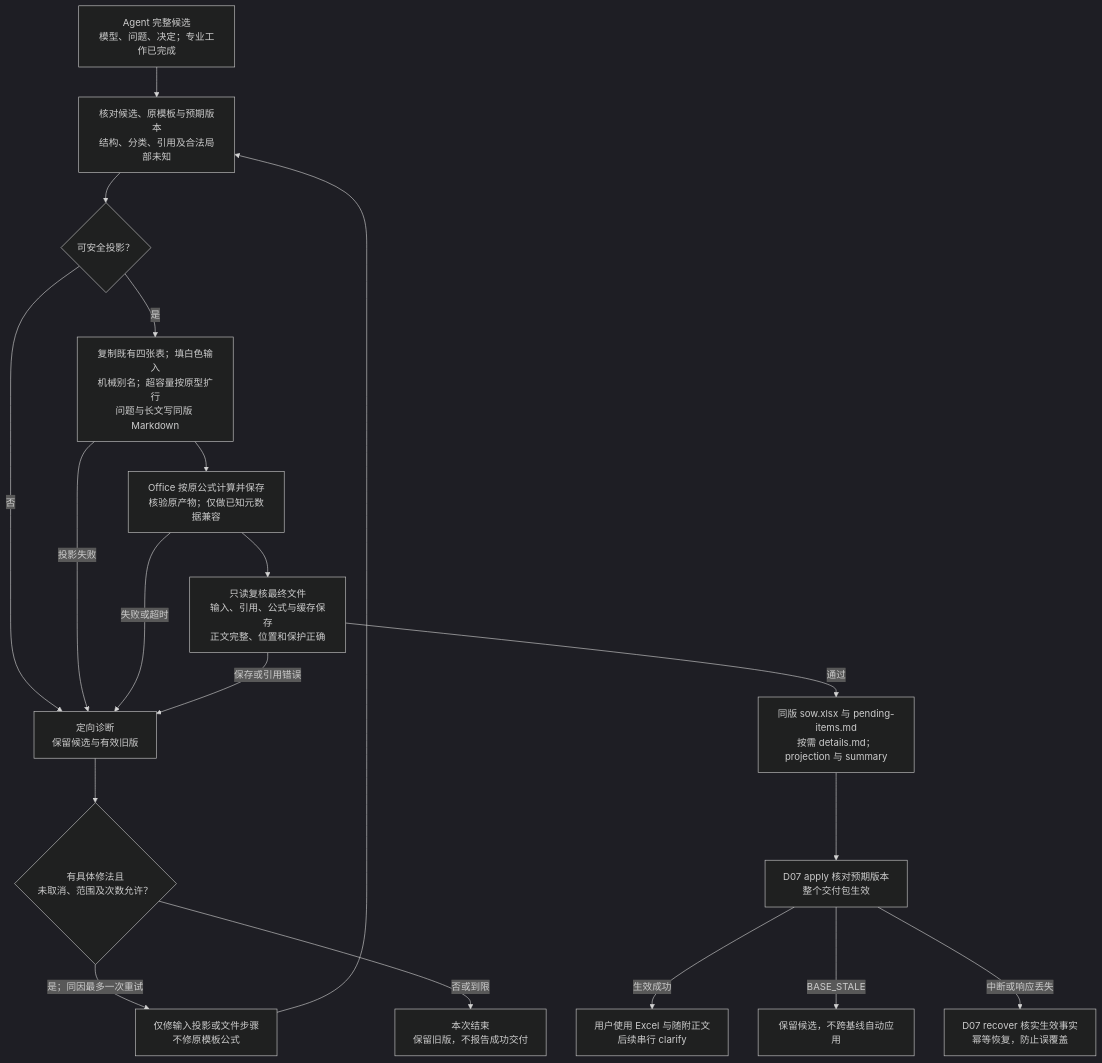
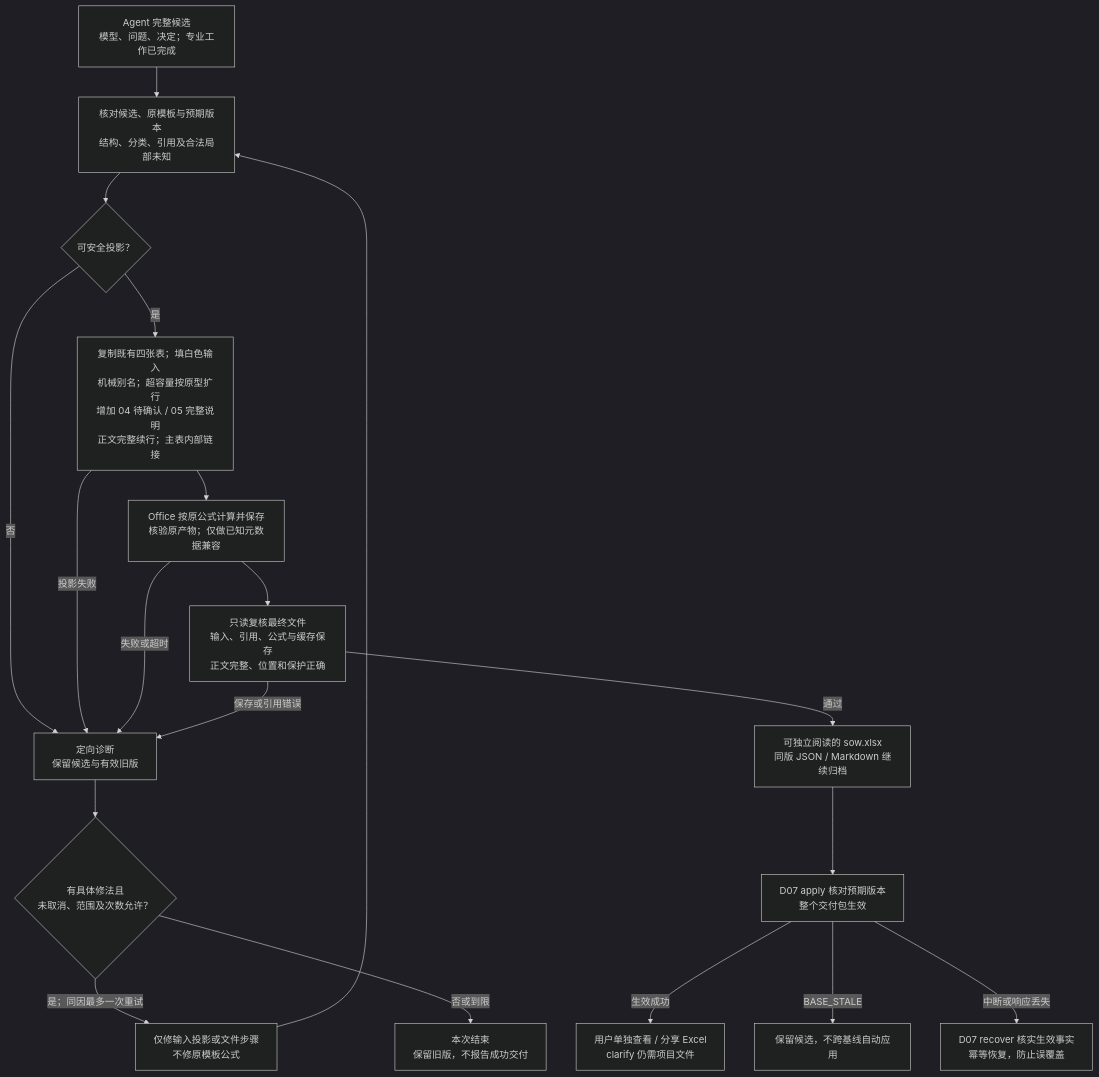
Before and after one commit to InspireChina/ai-plugin-marketplace: the diagram in plugins/ai-sow-lite/docs/design/detailed/D06-excel-projection-and-delivery.md, drawn with Mermaid (dark theme). The commit also changed other lines of this file and 35 other files, not shown here.

Commit message:
fix(ai-sow-lite): make SOW Excel self-contained

````diff
--- a/plugins/ai-sow-lite/docs/design/detailed/D06-excel-projection-and-delivery.md
+++ b/plugins/ai-sow-lite/docs/design/detailed/D06-excel-projection-and-delivery.md
@@ -192,21 +195,21 @@
 ```mermaid
 flowchart TD
     A["Agent 完整候选<br/>模型、问题、决定；专业工作已完成"] --> B["核对候选、原模板与预期版本<br/>结构、分类、引用及合法局部未知"]
     B --> C{"可安全投影？"}
     C -->|否| F["定向诊断<br/>保留候选与有效旧版"]
-    C -->|是| D["复制既有四张表；填白色输入<br/>机械别名；超容量按原型扩行<br/>问题与长文写同版 Markdown"]
+    C -->|是| D["复制既有四张表；填白色输入<br/>机械别名；超容量按原型扩行<br/>增加 04 待确认 / 05 完整说明<br/>正文完整续行；主表内部链接"]
     D --> O["Office 按原公式计算并保存<br/>核验原产物；仅做已知元数据兼容"]
     O --> V["只读复核最终文件<br/>输入、引用、公式与缓存保存<br/>正文完整、位置和保护正确"]
     D -->|投影失败| F
     O -->|失败或超时| F
     V -->|保存或引用错误| F
     F --> R{"有具体修法且<br/>未取消、范围及次数允许？"}
     R -->|是；同因最多一次重试| Q["仅修输入投影或文件步骤<br/>不修原模板公式"]
     Q --> B
     R -->|否或到限| E["本次结束<br/>保留旧版，不报告成功交付"]
-    V -->|通过| P["同版 sow.xlsx 与 pending-items.md<br/>按需 details.md；projection 与 summary"]
+    V -->|通过| P["可独立阅读的 sow.xlsx<br/>同版 JSON / Markdown 继续归档"]
     P --> S["D07 apply 核对预期版本<br/>整个交付包生效"]
-    S -->|生效成功| U["用户使用 Excel 与随附正文<br/>后续串行 clarify"]
+    S -->|生效成功| U["用户单独查看 / 分享 Excel<br/>clarify 仍需项目文件"]
     S -->|BASE_STALE| K["保留候选，不跨基线自动应用"]
     S -->|中断或响应丢失| H["D07 recover 核实生效事实<br/>幂等恢复，防止误覆盖"]
 ```
````
